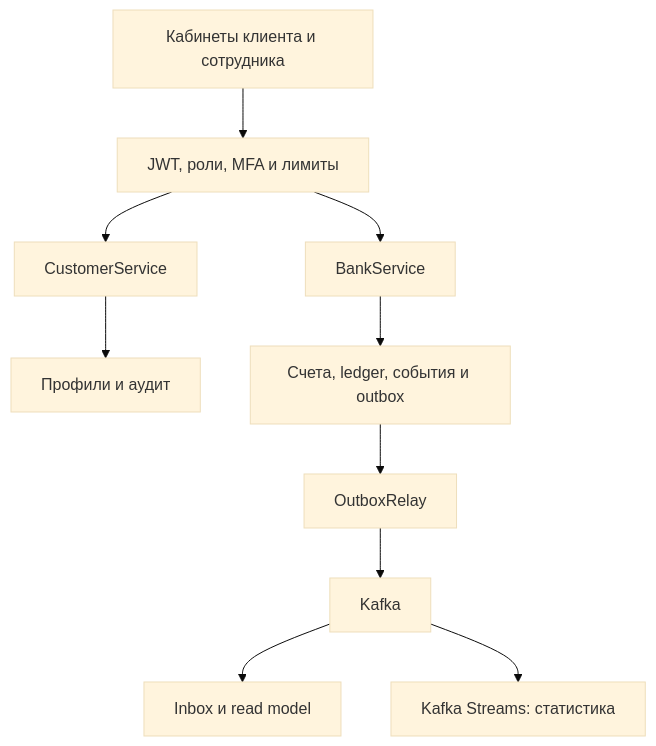
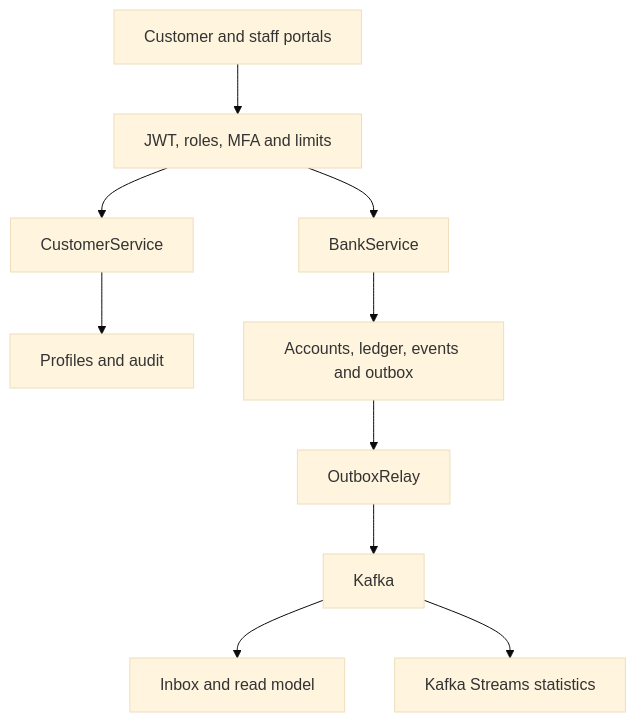
Before and after one commit to straigenlu-netizen/eu_fin: the first of 2 diagrams in docs/ARCHITECTURE.md, drawn with Mermaid (base theme). The commit also changed other lines of this file and 14 other files, not shown here.

````diff
--- a/docs/ARCHITECTURE.md
+++ b/docs/ARCHITECTURE.md
@@ -5,12 +5,12 @@
 ```mermaid
 flowchart TD
-  UI["Кабинеты клиента и сотрудника"] --> SEC["JWT, роли, MFA и лимиты"]
+  UI["Customer and staff portals"] --> SEC["JWT, roles, MFA and limits"]
   SEC --> C["CustomerService"]
   SEC --> B["BankService"]
-  C --> DB["Профили и аудит"]
-  B --> TX["Счета, ledger, события и outbox"]
+  C --> DB["Profiles and audit"]
+  B --> TX["Accounts, ledger, events and outbox"]
   TX --> R["OutboxRelay"]
   R --> K["Kafka"]
-  K --> I["Inbox и read model"]
-  K --> S["Kafka Streams: статистика"]
+  K --> I["Inbox and read model"]
+  K --> S["Kafka Streams statistics"]
 ```
````
